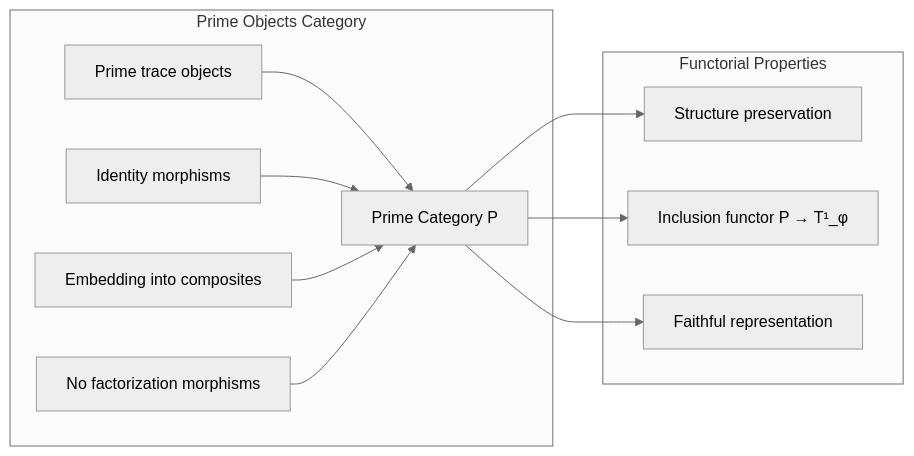
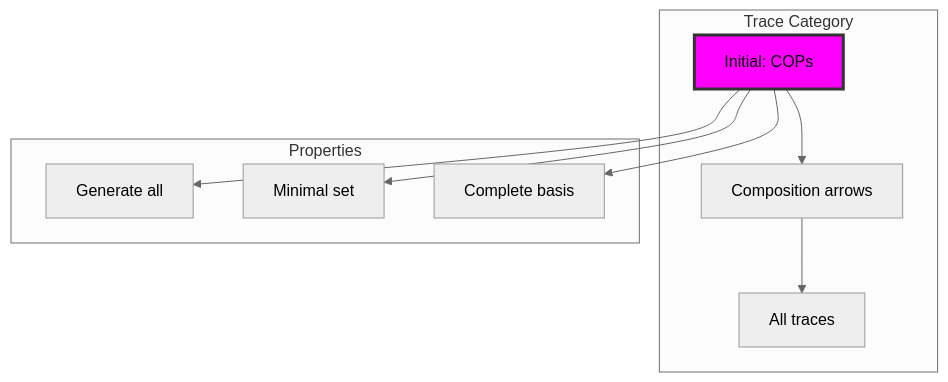
Before and after one commit to loning/the-binarymath: the ninth of 13 diagrams in docs/codex/volume-01-trace-numbers/chapter-023-prime-trace.md, drawn with Mermaid (neutral theme). The commit also changed other lines of this file and 4 other files, not shown here.

````diff
--- a/docs/codex/volume-01-trace-numbers/chapter-023-prime-trace.md
+++ b/docs/codex/volume-01-trace-numbers/chapter-023-prime-trace.md
@@ -346,21 +429,21 @@
 ```mermaid
-graph LR
-    subgraph "Prime Objects Category"
-        PRIMES["Prime trace objects"]
-        IDENTITY["Identity morphisms"]
-        EMBEDDING["Embedding into composites"]
-        RESTRICTED["No factorization morphisms"]
+graph TD
+    subgraph "Trace Category"
+        INITIAL["Initial: COPs"]
+        MORPHISMS["Composition arrows"]
+        OBJECTS["All traces"]
         
-        PRIME_CAT["Prime Category P"]
-        
-        PRIMES & IDENTITY & EMBEDDING & RESTRICTED --> PRIME_CAT
+        INITIAL --> MORPHISMS
+        MORPHISMS --> OBJECTS
     end
     
-    subgraph "Functorial Properties"
-        PRESERVE["Structure preservation"]
-        INCLUSION["Inclusion functor P → T¹_φ"]
-        FAITHFUL["Faithful representation"]
+    subgraph "Properties"
+        GENERATE["Generate all"]
+        MINIMAL["Minimal set"]
+        COMPLETE["Complete basis"]
         
-        PRIME_CAT --> PRESERVE & INCLUSION & FAITHFUL
+        INITIAL --> GENERATE & MINIMAL & COMPLETE
     end
+    
+    style INITIAL fill:#f0f,stroke:#333,stroke-width:3px
 ```
````
